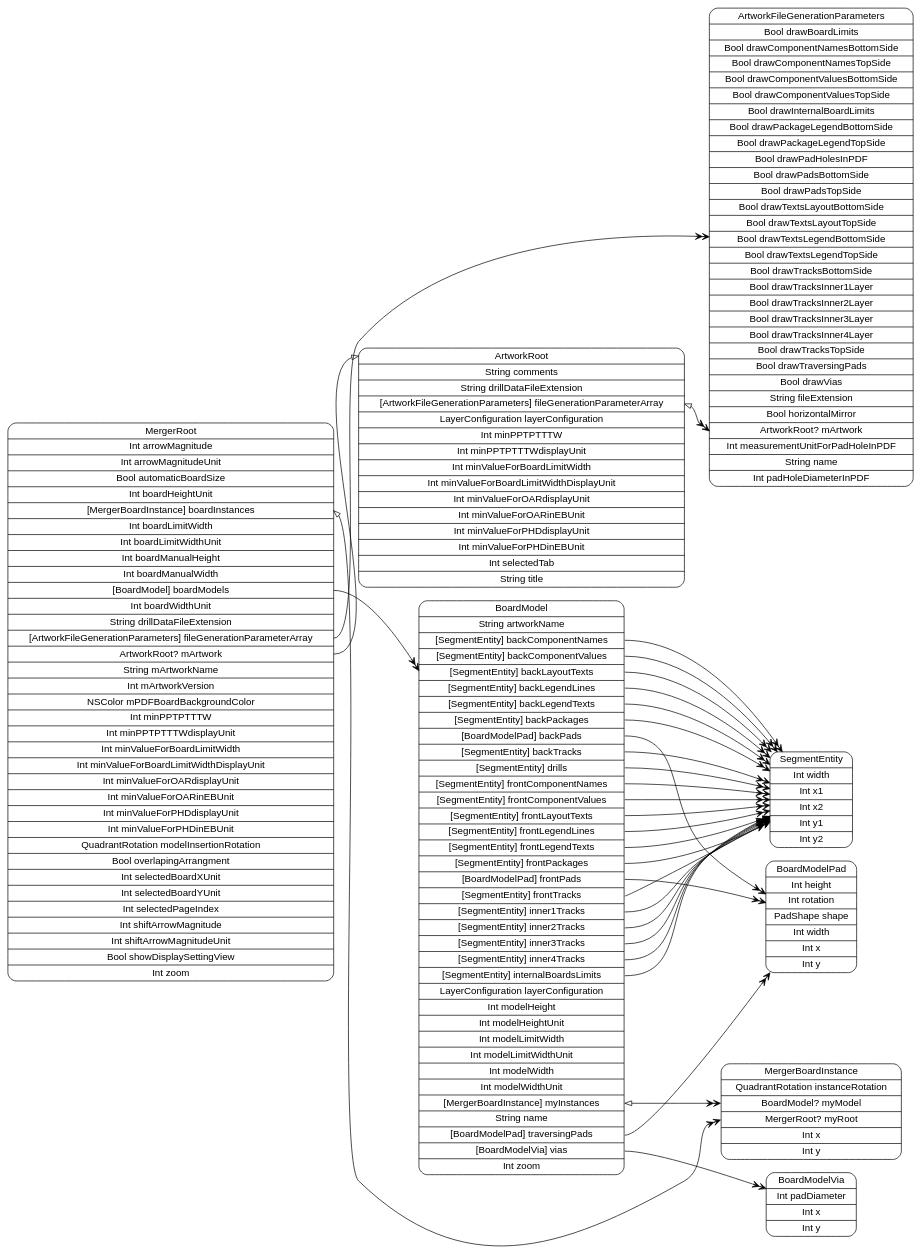
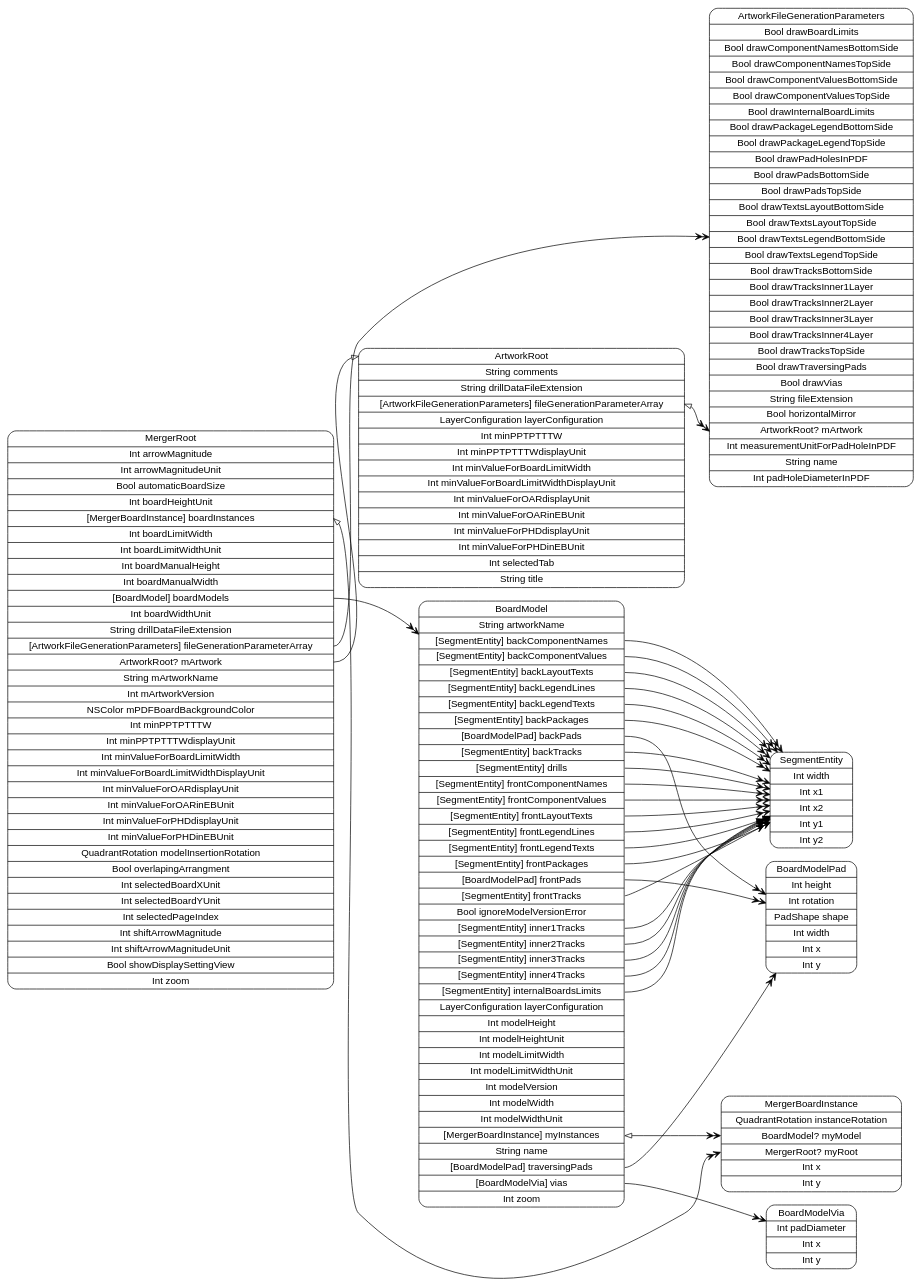
One commit to pierremolinaro/ElCanari-dev changed the diagram in models/graph-MergerRoot.dot. Above: the diagram before and after it, drawn with Graphviz. The commit also changed 14 other files, not shown here.

Commit message:
Début ajout version de modèle dans Merger

```diff
--- a/models/graph-MergerRoot.dot
+++ b/models/graph-MergerRoot.dot
@@ -1,42 +1,42 @@
 digraph G {
   rankdir=LR ;
   node [shape=record fontname=helvetica style=rounded] ;
   MergerRoot[label="<MergerRoot>MergerRoot|Int arrowMagnitude|Int arrowMagnitudeUnit|Bool automaticBoardSize|Int boardHeightUnit|<boardInstances>[MergerBoardInstance] boardInstances|Int boardLimitWidth|Int boardLimitWidthUnit|Int boardManualHeight|Int boardManualWidth|<boardModels>[BoardModel] boardModels|Int boardWidthUnit|String drillDataFileExtension|<fileGenerationParameterArray>[ArtworkFileGenerationParameters] fileGenerationParameterArray|<mArtwork>ArtworkRoot? mArtwork|String mArtworkName|Int mArtworkVersion|NSColor mPDFBoardBackgroundColor|Int minPPTPTTTW|Int minPPTPTTTWdisplayUnit|Int minValueForBoardLimitWidth|Int minValueForBoardLimitWidthDisplayUnit|Int minValueForOARdisplayUnit|Int minValueForOARinEBUnit|Int minValueForPHDdisplayUnit|Int minValueForPHDinEBUnit|QuadrantRotation modelInsertionRotation|Bool overlapingArrangment|Int selectedBoardXUnit|Int selectedBoardYUnit|Int selectedPageIndex|Int shiftArrowMagnitude|Int shiftArrowMagnitudeUnit|Bool showDisplaySettingView|Int zoom"] ;
   ArtworkRoot[label="<ArtworkRoot>ArtworkRoot|String comments|String drillDataFileExtension|<fileGenerationParameterArray>[ArtworkFileGenerationParameters] fileGenerationParameterArray|LayerConfiguration layerConfiguration|Int minPPTPTTTW|Int minPPTPTTTWdisplayUnit|Int minValueForBoardLimitWidth|Int minValueForBoardLimitWidthDisplayUnit|Int minValueForOARdisplayUnit|Int minValueForOARinEBUnit|Int minValueForPHDdisplayUnit|Int minValueForPHDinEBUnit|Int selectedTab|String title"] ;
   ArtworkFileGenerationParameters[label="<ArtworkFileGenerationParameters>ArtworkFileGenerationParameters|Bool drawBoardLimits|Bool drawComponentNamesBottomSide|Bool drawComponentNamesTopSide|Bool drawComponentValuesBottomSide|Bool drawComponentValuesTopSide|Bool drawInternalBoardLimits|Bool drawPackageLegendBottomSide|Bool drawPackageLegendTopSide|Bool drawPadHolesInPDF|Bool drawPadsBottomSide|Bool drawPadsTopSide|Bool drawTextsLayoutBottomSide|Bool drawTextsLayoutTopSide|Bool drawTextsLegendBottomSide|Bool drawTextsLegendTopSide|Bool drawTracksBottomSide|Bool drawTracksInner1Layer|Bool drawTracksInner2Layer|Bool drawTracksInner3Layer|Bool drawTracksInner4Layer|Bool drawTracksTopSide|Bool drawTraversingPads|Bool drawVias|String fileExtension|Bool horizontalMirror|<mArtwork>ArtworkRoot? mArtwork|Int measurementUnitForPadHoleInPDF|String name|Int padHoleDiameterInPDF"] ;
-  BoardModel[label="<BoardModel>BoardModel|String artworkName|<backComponentNames>[SegmentEntity] backComponentNames|<backComponentValues>[SegmentEntity] backComponentValues|<backLayoutTexts>[SegmentEntity] backLayoutTexts|<backLegendLines>[SegmentEntity] backLegendLines|<backLegendTexts>[SegmentEntity] backLegendTexts|<backPackages>[SegmentEntity] backPackages|<backPads>[BoardModelPad] backPads|<backTracks>[SegmentEntity] backTracks|<drills>[SegmentEntity] drills|<frontComponentNames>[SegmentEntity] frontComponentNames|<frontComponentValues>[SegmentEntity] frontComponentValues|<frontLayoutTexts>[SegmentEntity] frontLayoutTexts|<frontLegendLines>[SegmentEntity] frontLegendLines|<frontLegendTexts>[SegmentEntity] frontLegendTexts|<frontPackages>[SegmentEntity] frontPackages|<frontPads>[BoardModelPad] frontPads|<frontTracks>[SegmentEntity] frontTracks|<inner1Tracks>[SegmentEntity] inner1Tracks|<inner2Tracks>[SegmentEntity] inner2Tracks|<inner3Tracks>[SegmentEntity] inner3Tracks|<inner4Tracks>[SegmentEntity] inner4Tracks|<internalBoardsLimits>[SegmentEntity] internalBoardsLimits|LayerConfiguration layerConfiguration|Int modelHeight|Int modelHeightUnit|Int modelLimitWidth|Int modelLimitWidthUnit|Int modelWidth|Int modelWidthUnit|<myInstances>[MergerBoardInstance] myInstances|String name|<traversingPads>[BoardModelPad] traversingPads|<vias>[BoardModelVia] vias|Int zoom"] ;
+  BoardModel[label="<BoardModel>BoardModel|String artworkName|<backComponentNames>[SegmentEntity] backComponentNames|<backComponentValues>[SegmentEntity] backComponentValues|<backLayoutTexts>[SegmentEntity] backLayoutTexts|<backLegendLines>[SegmentEntity] backLegendLines|<backLegendTexts>[SegmentEntity] backLegendTexts|<backPackages>[SegmentEntity] backPackages|<backPads>[BoardModelPad] backPads|<backTracks>[SegmentEntity] backTracks|<drills>[SegmentEntity] drills|<frontComponentNames>[SegmentEntity] frontComponentNames|<frontComponentValues>[SegmentEntity] frontComponentValues|<frontLayoutTexts>[SegmentEntity] frontLayoutTexts|<frontLegendLines>[SegmentEntity] frontLegendLines|<frontLegendTexts>[SegmentEntity] frontLegendTexts|<frontPackages>[SegmentEntity] frontPackages|<frontPads>[BoardModelPad] frontPads|<frontTracks>[SegmentEntity] frontTracks|Bool ignoreModelVersionError|<inner1Tracks>[SegmentEntity] inner1Tracks|<inner2Tracks>[SegmentEntity] inner2Tracks|<inner3Tracks>[SegmentEntity] inner3Tracks|<inner4Tracks>[SegmentEntity] inner4Tracks|<internalBoardsLimits>[SegmentEntity] internalBoardsLimits|LayerConfiguration layerConfiguration|Int modelHeight|Int modelHeightUnit|Int modelLimitWidth|Int modelLimitWidthUnit|Int modelVersion|Int modelWidth|Int modelWidthUnit|<myInstances>[MergerBoardInstance] myInstances|String name|<traversingPads>[BoardModelPad] traversingPads|<vias>[BoardModelVia] vias|Int zoom"] ;
   BoardModelVia[label="<BoardModelVia>BoardModelVia|Int padDiameter|Int x|Int y"] ;
   BoardModelPad[label="<BoardModelPad>BoardModelPad|Int height|Int rotation|PadShape shape|Int width|Int x|Int y"] ;
   SegmentEntity[label="<SegmentEntity>SegmentEntity|Int width|Int x1|Int x2|Int y1|Int y2"] ;
   MergerBoardInstance[label="<MergerBoardInstance>MergerBoardInstance|QuadrantRotation instanceRotation|<myModel>BoardModel? myModel|<myRoot>MergerRoot? myRoot|Int x|Int y"] ;
   MergerRoot:boardInstances -> MergerBoardInstance:myRoot [dir=both arrowtail=onormal arrowhead=veevee] ;
   MergerRoot:boardModels -> BoardModel [dir=both arrowtail=none arrowhead=veevee] ;
   MergerRoot:fileGenerationParameterArray -> ArtworkFileGenerationParameters [dir=both arrowtail=none arrowhead=veevee] ;
   MergerRoot:mArtwork -> ArtworkRoot:ArtworkRoot [dir=both arrowtail=none arrowhead=onormal] ;
   ArtworkRoot:fileGenerationParameterArray -> ArtworkFileGenerationParameters:mArtwork [dir=both arrowtail=onormal arrowhead=veevee] ;
   BoardModel:backComponentNames -> SegmentEntity [dir=both arrowtail=none arrowhead=veevee] ;
   BoardModel:backComponentValues -> SegmentEntity [dir=both arrowtail=none arrowhead=veevee] ;
   BoardModel:backLayoutTexts -> SegmentEntity [dir=both arrowtail=none arrowhead=veevee] ;
   BoardModel:backLegendLines -> SegmentEntity [dir=both arrowtail=none arrowhead=veevee] ;
   BoardModel:backLegendTexts -> SegmentEntity [dir=both arrowtail=none arrowhead=veevee] ;
   BoardModel:backPackages -> SegmentEntity [dir=both arrowtail=none arrowhead=veevee] ;
   BoardModel:backPads -> BoardModelPad [dir=both arrowtail=none arrowhead=veevee] ;
   BoardModel:backTracks -> SegmentEntity [dir=both arrowtail=none arrowhead=veevee] ;
   BoardModel:drills -> SegmentEntity [dir=both arrowtail=none arrowhead=veevee] ;
   BoardModel:frontComponentNames -> SegmentEntity [dir=both arrowtail=none arrowhead=veevee] ;
   BoardModel:frontComponentValues -> SegmentEntity [dir=both arrowtail=none arrowhead=veevee] ;
   BoardModel:frontLayoutTexts -> SegmentEntity [dir=both arrowtail=none arrowhead=veevee] ;
   BoardModel:frontLegendLines -> SegmentEntity [dir=both arrowtail=none arrowhead=veevee] ;
   BoardModel:frontLegendTexts -> SegmentEntity [dir=both arrowtail=none arrowhead=veevee] ;
   BoardModel:frontPackages -> SegmentEntity [dir=both arrowtail=none arrowhead=veevee] ;
   BoardModel:frontPads -> BoardModelPad [dir=both arrowtail=none arrowhead=veevee] ;
   BoardModel:frontTracks -> SegmentEntity [dir=both arrowtail=none arrowhead=veevee] ;
   BoardModel:inner1Tracks -> SegmentEntity [dir=both arrowtail=none arrowhead=veevee] ;
   BoardModel:inner2Tracks -> SegmentEntity [dir=both arrowtail=none arrowhead=veevee] ;
   BoardModel:inner3Tracks -> SegmentEntity [dir=both arrowtail=none arrowhead=veevee] ;
   BoardModel:inner4Tracks -> SegmentEntity [dir=both arrowtail=none arrowhead=veevee] ;
   BoardModel:internalBoardsLimits -> SegmentEntity [dir=both arrowtail=none arrowhead=veevee] ;
   BoardModel:myInstances -> MergerBoardInstance:myModel [dir=both arrowtail=onormal arrowhead=veevee] ;
   BoardModel:traversingPads -> BoardModelPad [dir=both arrowtail=none arrowhead=veevee] ;
   BoardModel:vias -> BoardModelVia [dir=both arrowtail=none arrowhead=veevee] ;
 }
```
